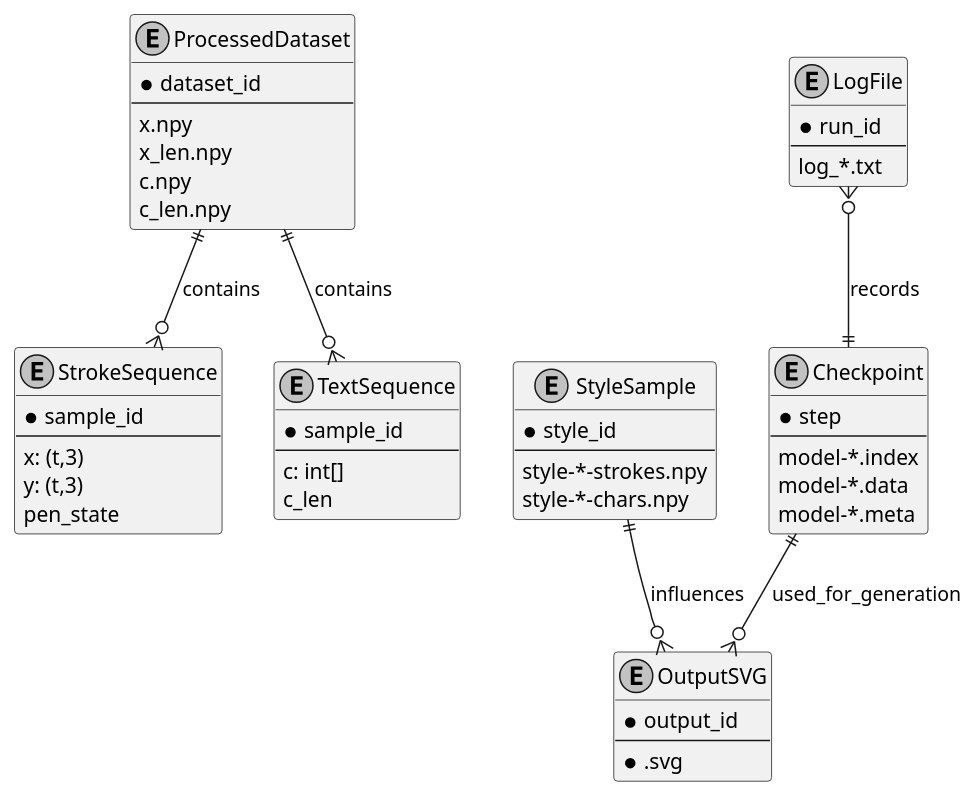
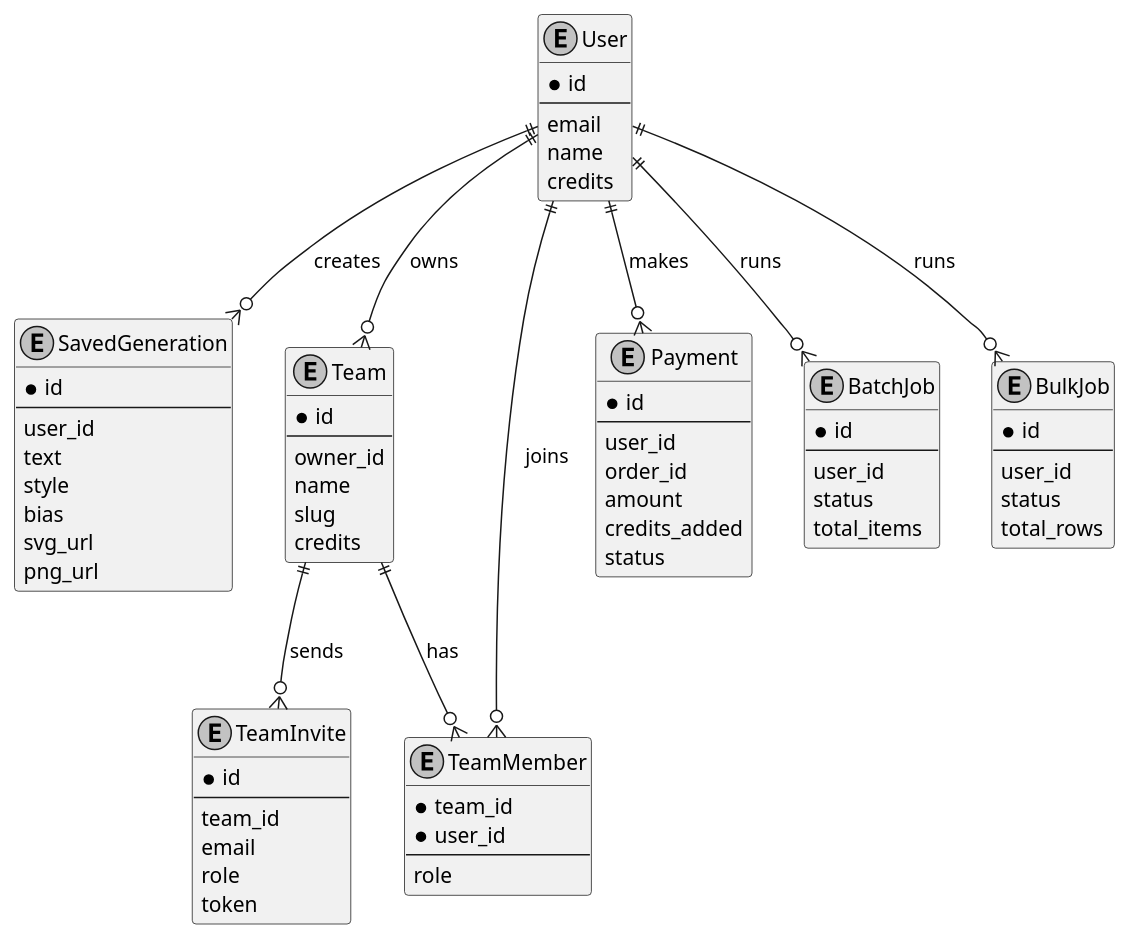
One commit to bhadraagada/ctrlpluspen changed the fourth of 15 diagrams in docss/CONCEPTUAL_DIAGRAMS.md. Above: the diagram before and after it, drawn with PlantUML. The commit also changed other lines of this file and 138 other files, not shown here.

````diff
--- a/docss/CONCEPTUAL_DIAGRAMS.md
+++ b/docss/CONCEPTUAL_DIAGRAMS.md
@@ -185,62 +256,83 @@
 skinparam monochrome true
 skinparam shadowing false
 
-' Conceptual ER diagram (storage is filesystem-based)
-entity "ProcessedDataset" as Dataset {
-  * dataset_id
+entity "User" as User {
+  * id
   --
-  x.npy
-  x_len.npy
-  c.npy
-  c_len.npy
+  email
+  name
+  credits
 }
 
-entity "StrokeSequence" as Stroke {
-  * sample_id
+entity "SavedGeneration" as Gen {
+  * id
   --
-  x: (t,3)
-  y: (t,3)
-  pen_state
+  user_id
+  text
+  style
+  bias
+  svg_url
+  png_url
 }
 
-entity "TextSequence" as Text {
-  * sample_id
+entity "Team" as Team {
+  * id
   --
-  c: int[]
-  c_len
+  owner_id
+  name
+  slug
+  credits
 }
 
-entity "StyleSample" as Style {
-  * style_id
+entity "TeamMember" as TeamMember {
+  * team_id
+  * user_id
   --
-  style-*-strokes.npy
-  style-*-chars.npy
+  role
 }
 
-entity "Checkpoint" as Ckpt {
-  * step
+entity "TeamInvite" as Invite {
+  * id
   --
-  model-*.index
-  model-*.data
-  model-*.meta
+  team_id
+  email
+  role
+  token
 }
 
-entity "LogFile" as Log {
-  * run_id
+entity "Payment" as Payment {
+  * id
   --
-  log_*.txt
+  user_id
+  order_id
+  amount
+  credits_added
+  status
 }
 
-entity "OutputSVG" as Out {
-  * output_id
+entity "BatchJob" as Batch {
+  * id
   --
-  *.svg
+  user_id
+  status
+  total_items
 }
 
-Dataset ||--o{ Stroke : contains
-Dataset ||--o{ Text : contains
-Style ||--o{ Out : influences
-Ckpt ||--o{ Out : used_for_generation
-Log }o--|| Ckpt : "records"
+entity "BulkJob" as Bulk {
+  * id
+  --
+  user_id
+  status
+  total_rows
+}
+
+User ||--o{ Gen : creates
+User ||--o{ Payment : makes
+User ||--o{ Batch : runs
+User ||--o{ Bulk : runs
+User ||--o{ Team : owns
+Team ||--o{ TeamMember : has
+User ||--o{ TeamMember : joins
+Team ||--o{ Invite : sends
 @enduml
 ```
````
